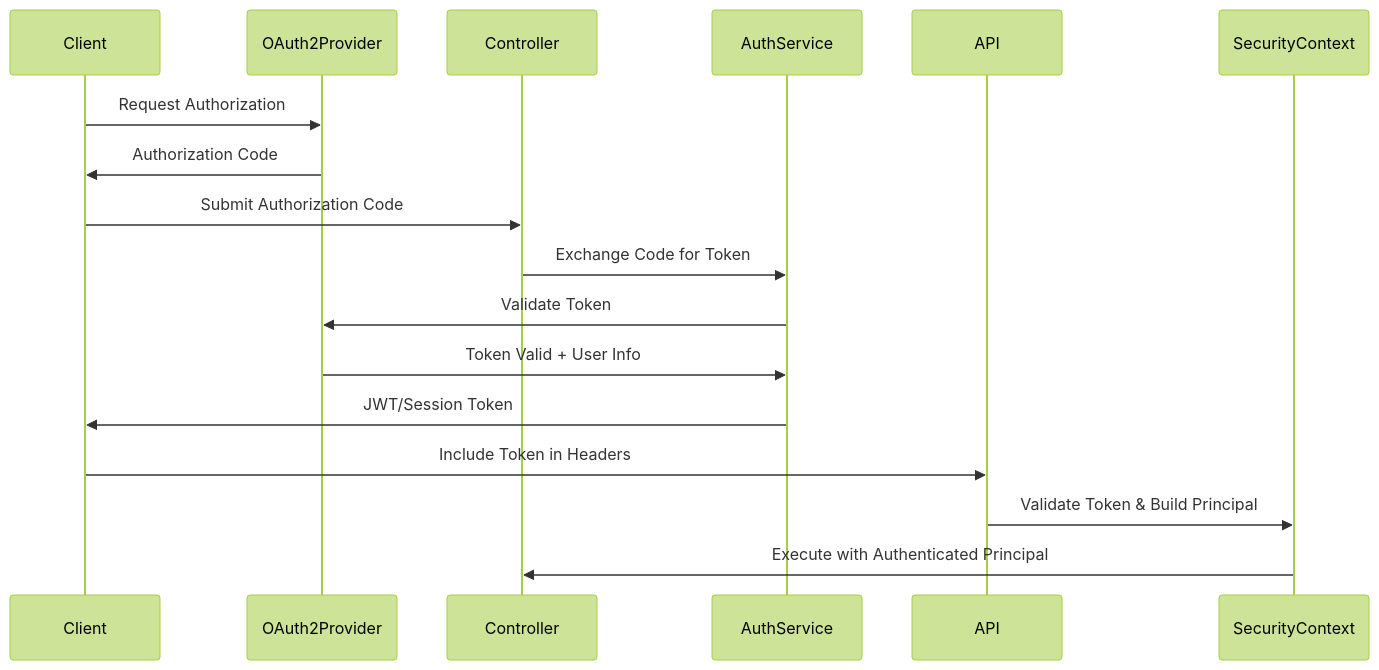
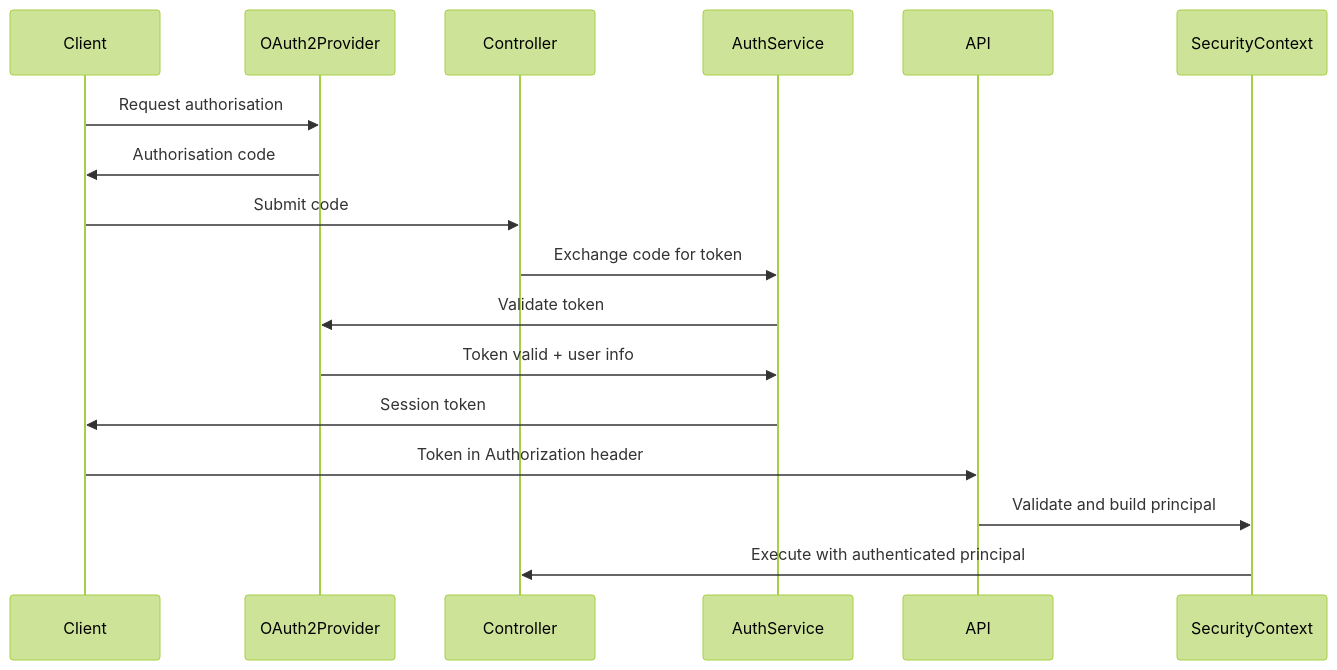
One commit to Keglev/inventory-service changed the second of 4 diagrams in docs/backend/architecture/overview.md. Above: the diagram before and after it, drawn with Mermaid (forest theme). The commit also changed other lines of this file and 20 other files, not shown here.

Commit message:
(backend docs):Created new docs architecture structure. Created new .css files, new .html files and a .js helper to handle toggle themes (light/dark, language mode En/DE). updated the .sh scripts to handle the new structure; update pipelin files to deal with the new doc structure

````diff
--- a/docs/backend/architecture/overview.md
+++ b/docs/backend/architecture/overview.md
@@ -163,13 +115,13 @@
 ```mermaid
 sequenceDiagram
-    Client->>OAuth2Provider: Request Authorization
-    OAuth2Provider->>Client: Authorization Code
-    Client->>Controller: Submit Authorization Code
-    Controller->>AuthService: Exchange Code for Token
-    AuthService->>OAuth2Provider: Validate Token
-    OAuth2Provider->>AuthService: Token Valid + User Info
-    AuthService->>Client: JWT/Session Token
-    Client->>API: Include Token in Headers
-    API->>SecurityContext: Validate Token & Build Principal
-    SecurityContext->>Controller: Execute with Authenticated Principal
+  Client->>OAuth2Provider: Request authorisation
+  OAuth2Provider->>Client: Authorisation code
+  Client->>Controller: Submit code
+  Controller->>AuthService: Exchange code for token
+  AuthService->>OAuth2Provider: Validate token
+  OAuth2Provider->>AuthService: Token valid + user info
+  AuthService->>Client: Session token
+  Client->>API: Token in Authorization header
+  API->>SecurityContext: Validate and build principal
+  SecurityContext->>Controller: Execute with authenticated principal
 ```
````
